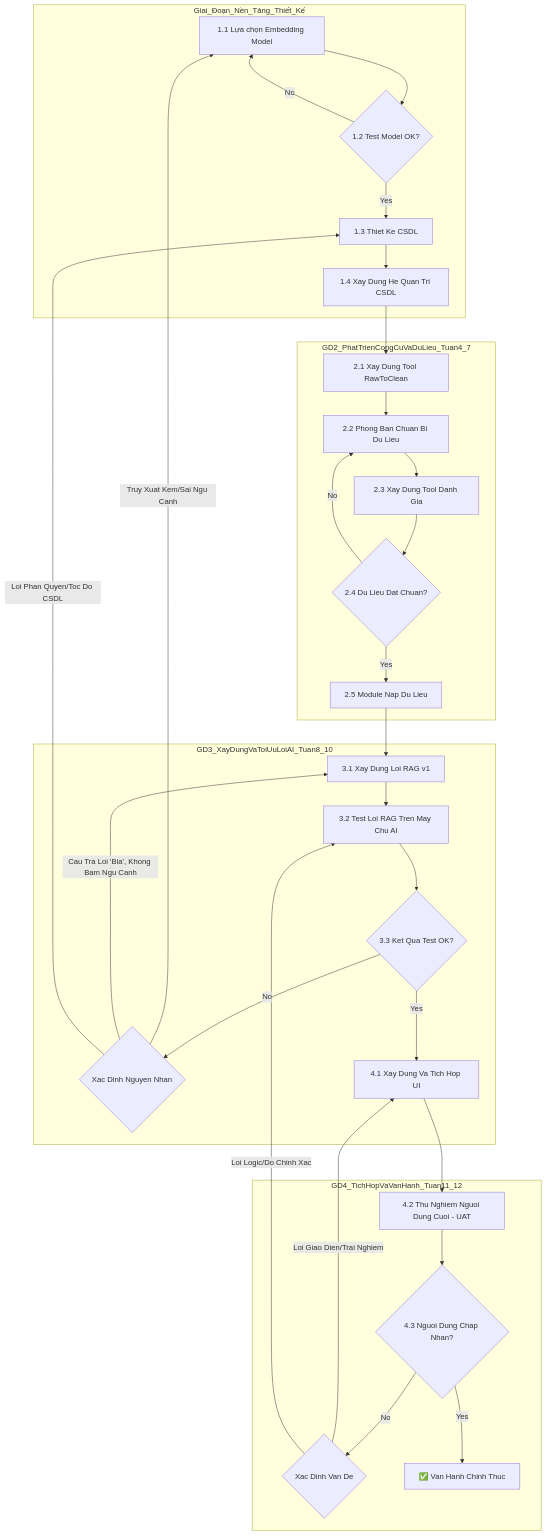
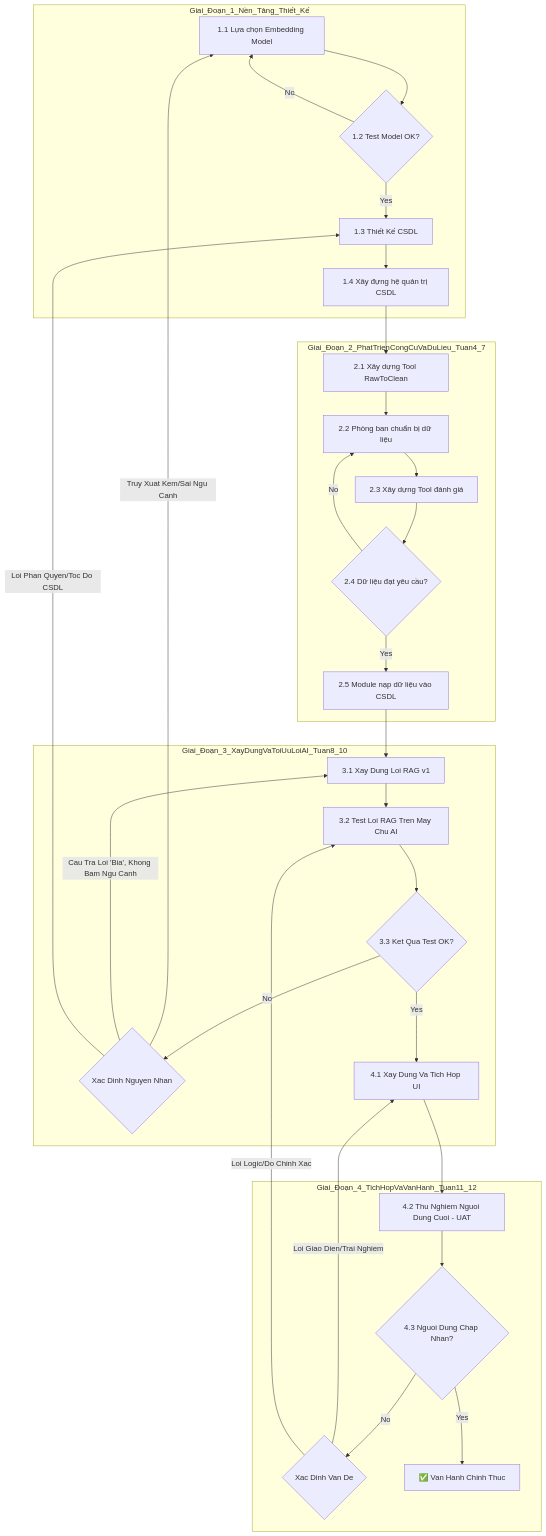
One commit to ngoquytuan/chatbotweb changed the diagram in biendo.md. Above: the diagram before and after it, drawn with Mermaid. The commit also changed other lines of this file, not shown here.

````diff
--- a/biendo.md
+++ b/biendo.md
@@ -11,42 +8,42 @@
 ```mermaid
 graph TD
-    subgraph Giai_Đoạn_Nền_Tảng_Thiết_Kế
+    subgraph Giai_Đoạn_1_Nền_Tảng_Thiết_Kế
         A1[1.1 Lựa chọn Embedding Model] --> A2{1.2 Test Model OK?}
         A2 -- Yes --> B1
         A2 -- No --> A1
         
-        B1[1.3 Thiet Ke CSDL] --> B2[1.4 Xay Dung He Quan Tri CSDL]
+        B1[1.3 Thiết Kế CSDL] --> B2[1.4 Xây đựng hệ quản trị CSDL]
     end
 
-    subgraph GD2_PhatTrienCongCuVaDuLieu_Tuan4_7
-        C1[2.1 Xay Dung Tool RawToClean] --> C2[2.2 Phong Ban Chuan Bi Du Lieu]
-        C2 --> D1[2.3 Xay Dung Tool Danh Gia]
-        D1 --> D2{2.4 Du Lieu Dat Chuan?}
+    subgraph Giai_Đoạn_2_PhatTrienCongCuVaDuLieu_Tuan4_7
+        C1[2.1 Xây dựng Tool RawToClean] --> C2[2.2 Phòng ban chuẩn bị dữ liệu]
+        C2 --> D1[2.3 Xây dựng Tool đánh giá]
+        D1 --> D2{2.4 Dữ liệu đạt yêu cầu?}
         D2 -- No --> C2
-        D2 -- Yes --> E1[2.5 Module Nap Du Lieu]
+        D2 -- Yes --> E1[2.5 Module nạp dữ liệu vào CSDL]
     end
 
-    subgraph GD3_XayDungVaToiUuLoiAI_Tuan8_10
+    subgraph Giai_Đoạn_3_XayDungVaToiUuLoiAI_Tuan8_10
         F1[3.1 Xay Dung Loi RAG v1] --> F2[3.2 Test Loi RAG Tren May Chu AI]
         F2 --> F3{3.3 Ket Qua Test OK?}
         F3 -- No --> G1{Xac Dinh Nguyen Nhan}
         F3 -- Yes --> H1
         G1 -- Truy Xuat Kem/Sai Ngu Canh --> A1
         G1 -- "Cau Tra Loi 'Bia', Khong Bam Ngu Canh" --> F1
         G1 -- Loi Phan Quyen/Toc Do CSDL --> B1
     end
 
-    subgraph GD4_TichHopVaVanHanh_Tuan11_12
+    subgraph Giai_Đoạn_4_TichHopVaVanHanh_Tuan11_12
         H1[4.1 Xay Dung Va Tich Hop UI] --> H2[4.2 Thu Nghiem Nguoi Dung Cuoi - UAT]
         H2 --> H3{4.3 Nguoi Dung Chap Nhan?}
         H3 -- No --> H4{Xac Dinh Van De}
         H3 -- Yes --> I1[✅ Van Hanh Chinh Thuc]
         H4 -- Loi Giao Dien/Trai Nghiem --> H1
         H4 -- Loi Logic/Do Chinh Xac --> F2
     end
     
     B2 --> C1
     E1 --> F1
 
 
 ```
````
